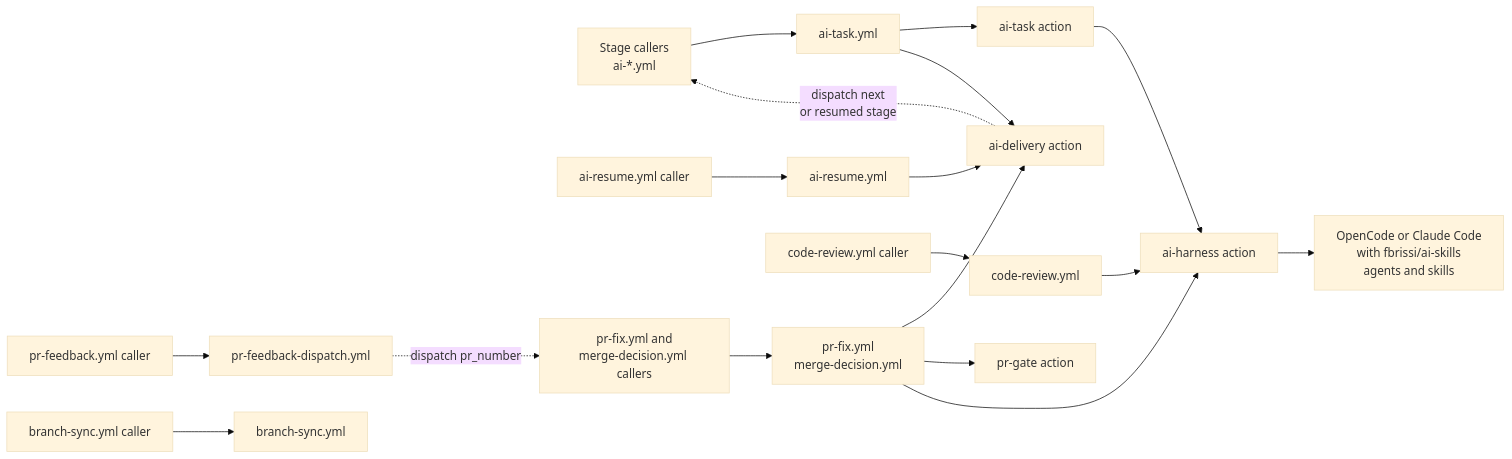
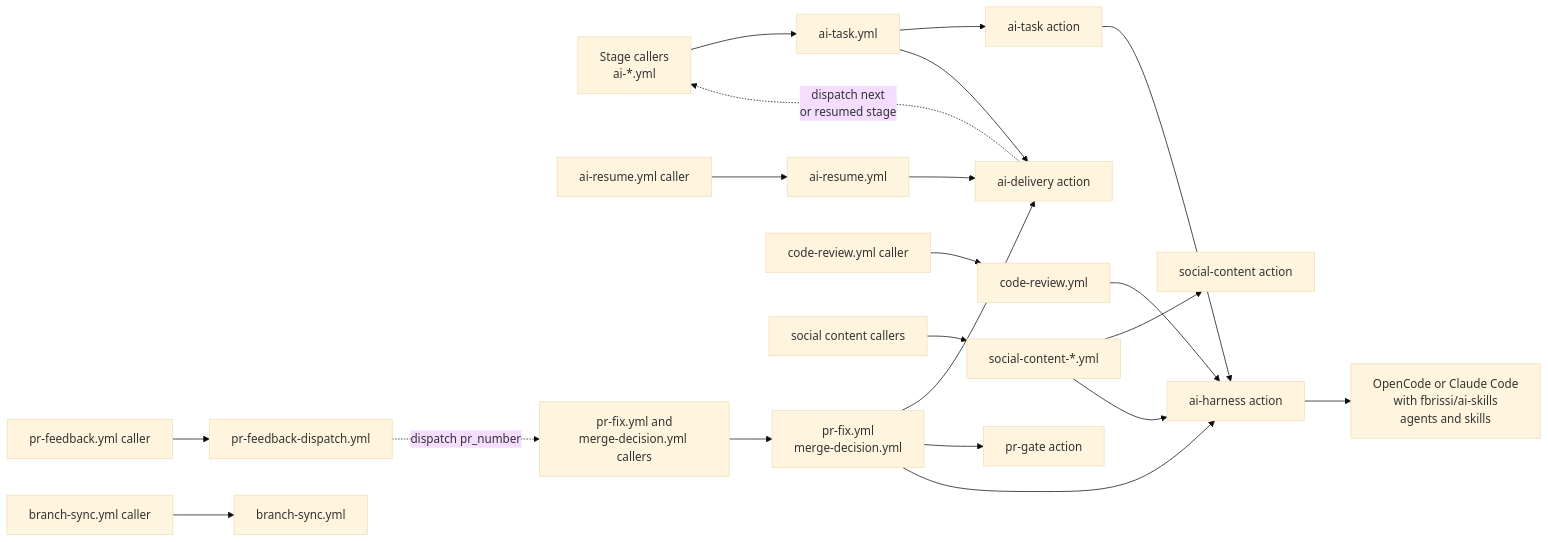
The first of 10 diagrams in README.md (fbrissi/github-actions), drawn with Mermaid (base theme) before and after one commit. The commit also changed other lines of this file and 17 other files, not shown here.

Commit message:
feat: add social content workflows

````diff
--- a/README.md
+++ b/README.md
@@ -34,20 +38,23 @@
 ```mermaid
 flowchart LR
   C1["Stage callers<br/>ai-*.yml"] --> W1["ai-task.yml"]
   C2["ai-resume.yml caller"] --> W2["ai-resume.yml"]
   C3["pr-feedback.yml caller"] --> W3["pr-feedback-dispatch.yml"]
   C4["pr-fix.yml and<br/>merge-decision.yml callers"] --> W4["pr-fix.yml<br/>merge-decision.yml"]
   C5["code-review.yml caller"] --> W6["code-review.yml"]
   C6["branch-sync.yml caller"] --> W7["branch-sync.yml"]
+  C7["social content callers"] --> W8["social-content-*.yml"]
+  W8 --> A5["social-content action"]
+  W8 --> A4
   W1 --> A1["ai-task action"]
   W1 --> A2["ai-delivery action"]
   W2 --> A2
   W4 --> A2
   W4 --> A3["pr-gate action"]
   W4 --> A4["ai-harness action"]
   W6 --> A4
   A1 --> A4
   A4 --> H["OpenCode or Claude Code<br/>with fbrissi/ai-skills<br/>agents and skills"]
   W3 -. "dispatch pr_number" .-> C4
   A2 -. "dispatch next<br/>or resumed stage" .-> C1
 ```
````
